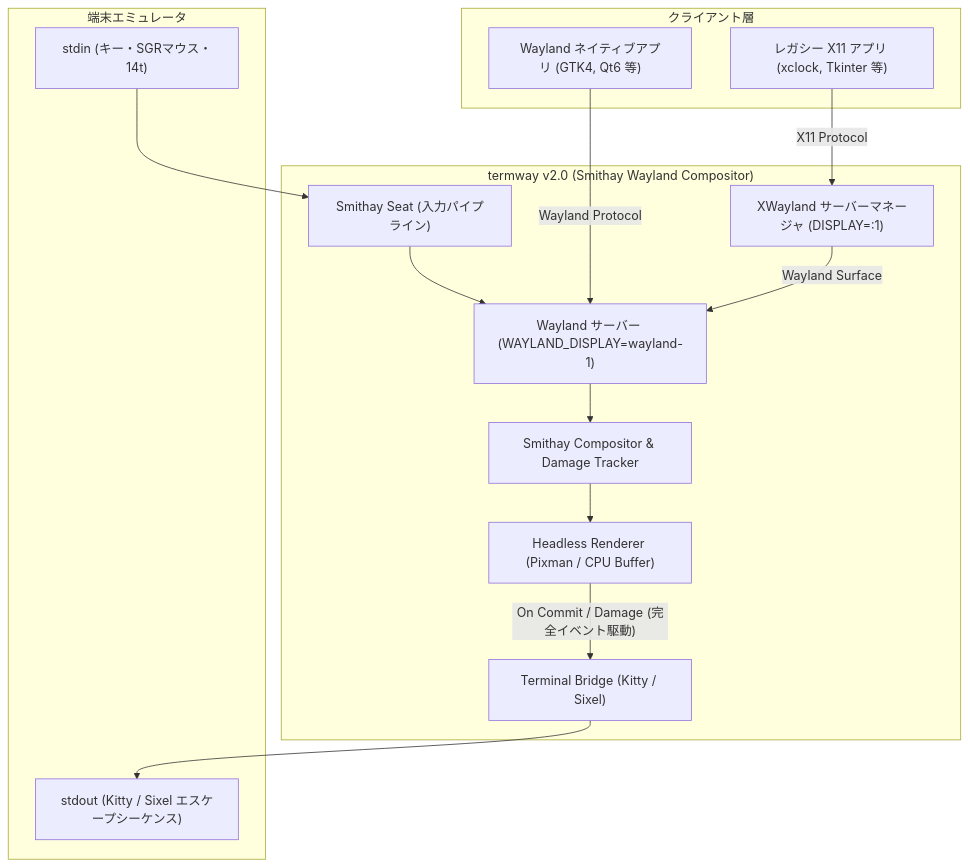
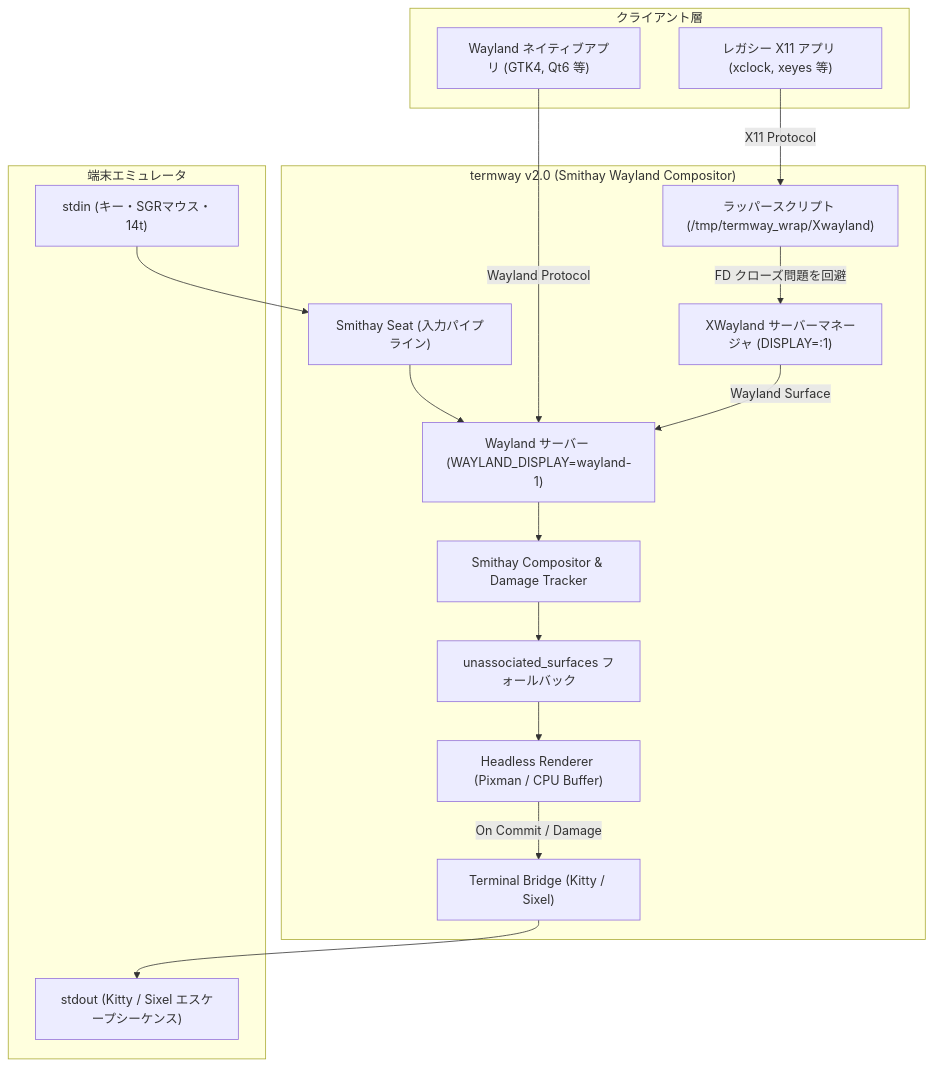
The second of 3 diagrams in docs/ARCHITECTURE.md (totatake/termway), drawn with Mermaid before and after one commit. The commit also changed other lines of this file and 24 other files, not shown here.

````diff
--- a/docs/ARCHITECTURE.md
+++ b/docs/ARCHITECTURE.md
@@ -168,31 +177,35 @@
 ```mermaid
 flowchart TD
     subgraph Clients["クライアント層"]
         WApp["Wayland ネイティブアプリ (GTK4, Qt6 等)"]
-        XApp["レガシー X11 アプリ (xclock, Tkinter 等)"]
+        XApp["レガシー X11 アプリ (xclock, xeyes 等)"]
     end
 
     subgraph termway["termway v2.0 (Smithay Wayland Compositor)"]
         XWL["XWayland サーバーマネージャ (DISPLAY=:1)"]
+        Wrap["ラッパースクリプト (/tmp/termway_wrap/Xwayland)"]
         WLS["Wayland サーバー (WAYLAND_DISPLAY=wayland-1)"]
         Seat["Smithay Seat (入力パイプライン)"]
         Comp["Smithay Compositor & Damage Tracker"]
+        Unassoc["unassociated_surfaces フォールバック"]
         Pixman["Headless Renderer (Pixman / CPU Buffer)"]
         TermOut["Terminal Bridge (Kitty / Sixel)"]
     end
 
     subgraph Terminal["端末エミュレータ"]
         PTYIn["stdin (キー・SGRマウス・14t)"]
         PTYOut["stdout (Kitty / Sixel エスケープシーケンス)"]
     end
 
     WApp -->|"Wayland Protocol"| WLS
-    XApp -->|"X11 Protocol"| XWL
+    XApp -->|"X11 Protocol"| Wrap
+    Wrap -->|"FD クローズ問題を回避"| XWL
     XWL -->|"Wayland Surface"| WLS
     WLS --> Comp
-    Comp --> Pixman
-    Pixman -->|"On Commit / Damage (完全イベント駆動)"| TermOut
+    Comp --> Unassoc
+    Unassoc --> Pixman
+    Pixman -->|"On Commit / Damage"| TermOut
     TermOut --> PTYOut
     PTYIn --> Seat
     Seat --> WLS
 ```
````
